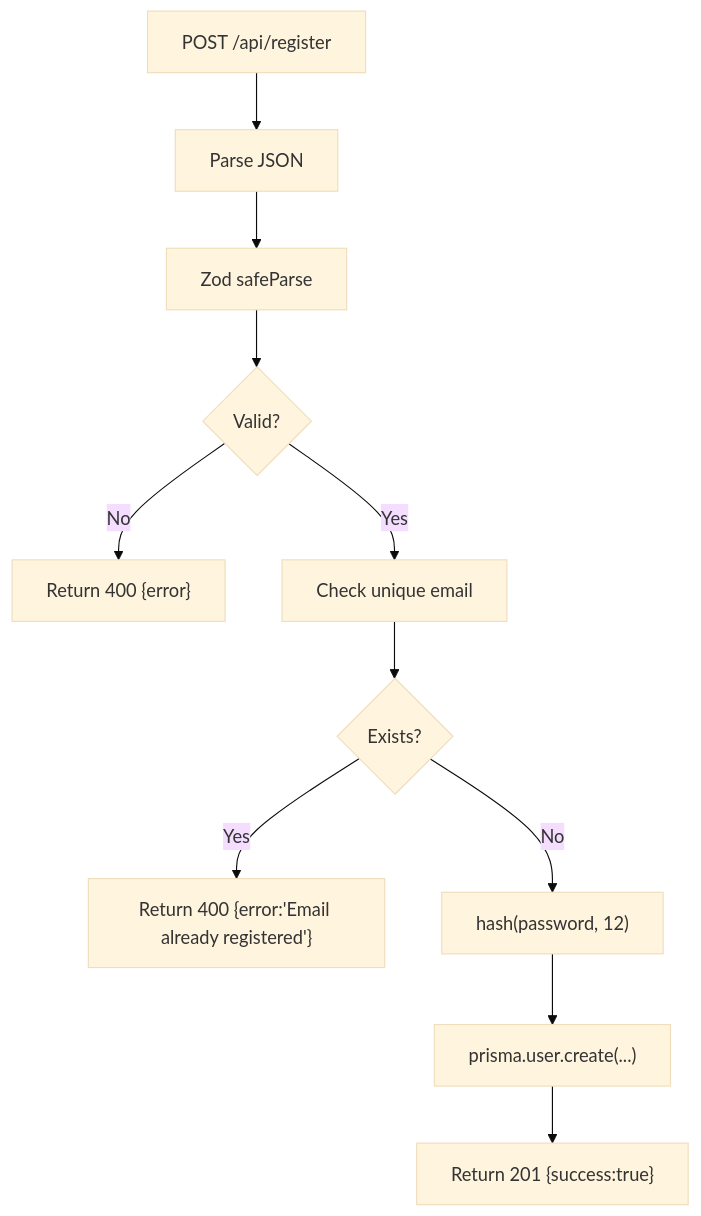
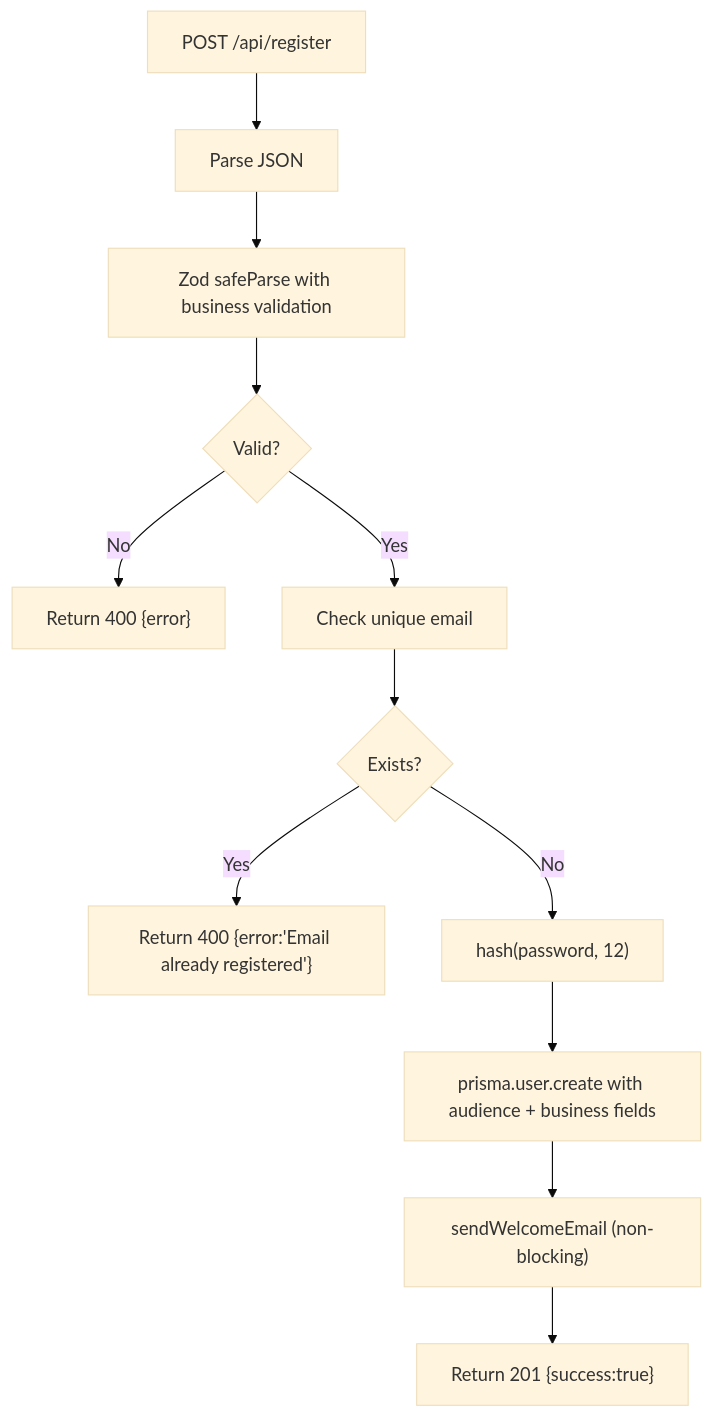
One commit to Crowdspender/titchybooks-app changed the sixth of 8 diagrams in .qoder/repowiki/en/content/Authentication & Authorization/User Registration & Login Flows.md. Above: the diagram before and after it, drawn with Mermaid (base theme). The commit also changed other lines of this file and 74 other files, not shown here.

````diff
--- a/.qoder/repowiki/en/content/Authentication & Authorization/User Registration & Login Flows.md
+++ b/.qoder/repowiki/en/content/Authentication & Authorization/User Registration & Login Flows.md
@@ -269,13 +305,14 @@
 ```mermaid
 flowchart TD
 A["POST /api/register"] --> B["Parse JSON"]
-B --> C["Zod safeParse"]
+B --> C["Zod safeParse with business validation"]
 C --> D{"Valid?"}
 D --> |No| E["Return 400 {error}"]
 D --> |Yes| F["Check unique email"]
 F --> G{"Exists?"}
 G --> |Yes| H["Return 400 {error:'Email already registered'}"]
 G --> |No| I["hash(password, 12)"]
-I --> J["prisma.user.create(...)"]
-J --> K["Return 201 {success:true}"]
+I --> J["prisma.user.create with audience + business fields"]
+J --> K["sendWelcomeEmail (non-blocking)"]
+K --> L["Return 201 {success:true}"]
 ```
````
